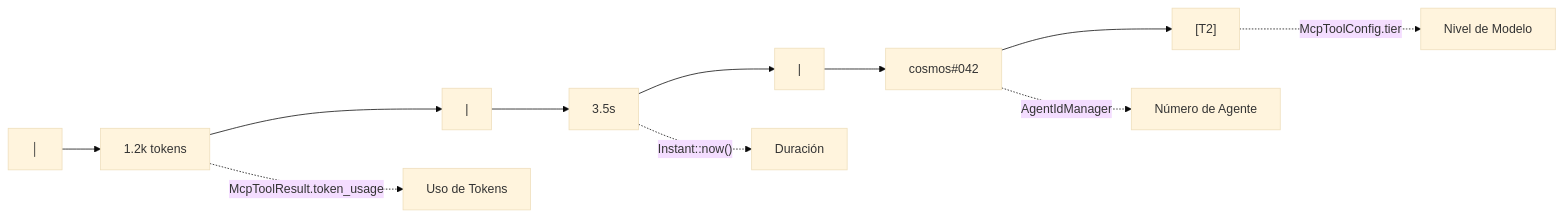
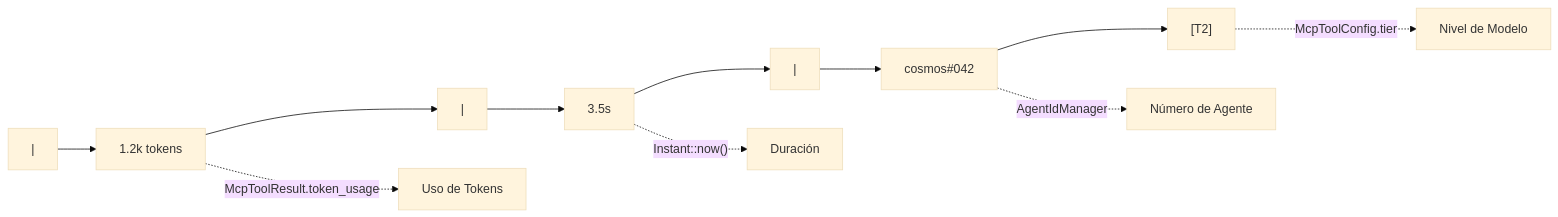
One commit to celestia-island/plana changed the eighth of 9 diagrams in docs/es/design/core/cosmos-scheduling.md. Above: the diagram before and after it, drawn with Mermaid (base theme). The commit also changed 6 other files, not shown here.

Commit message:
fix: replace stray Unicode box char in cosmos-scheduling mermaid (7 langs)

````diff
--- a/docs/es/design/core/cosmos-scheduling.md
+++ b/docs/es/design/core/cosmos-scheduling.md
@@ -242,9 +242,9 @@
 ```mermaid
 flowchart LR
-    BORDER["│"] --> TOK["1.2k tokens"] --> SEP1["|"] --> DUR["3.5s"] --> SEP2["|"] --> COSMOS["cosmos#042"] --> TIER["[T2]"]
+    BORDER["|"] --> TOK["1.2k tokens"] --> SEP1["|"] --> DUR["3.5s"] --> SEP2["|"] --> COSMOS["cosmos#042"] --> TIER["[T2]"]
 
     TOK -.->|"McpToolResult.token_usage"| SRC1["Uso de Tokens"]
     DUR -.->|"Instant::now()"| SRC2["Duración"]
     COSMOS -.->|"AgentIdManager"| SRC3["Número de Agente"]
     TIER -.->|"McpToolConfig.tier"| SRC4["Nivel de Modelo"]
 ```
````
